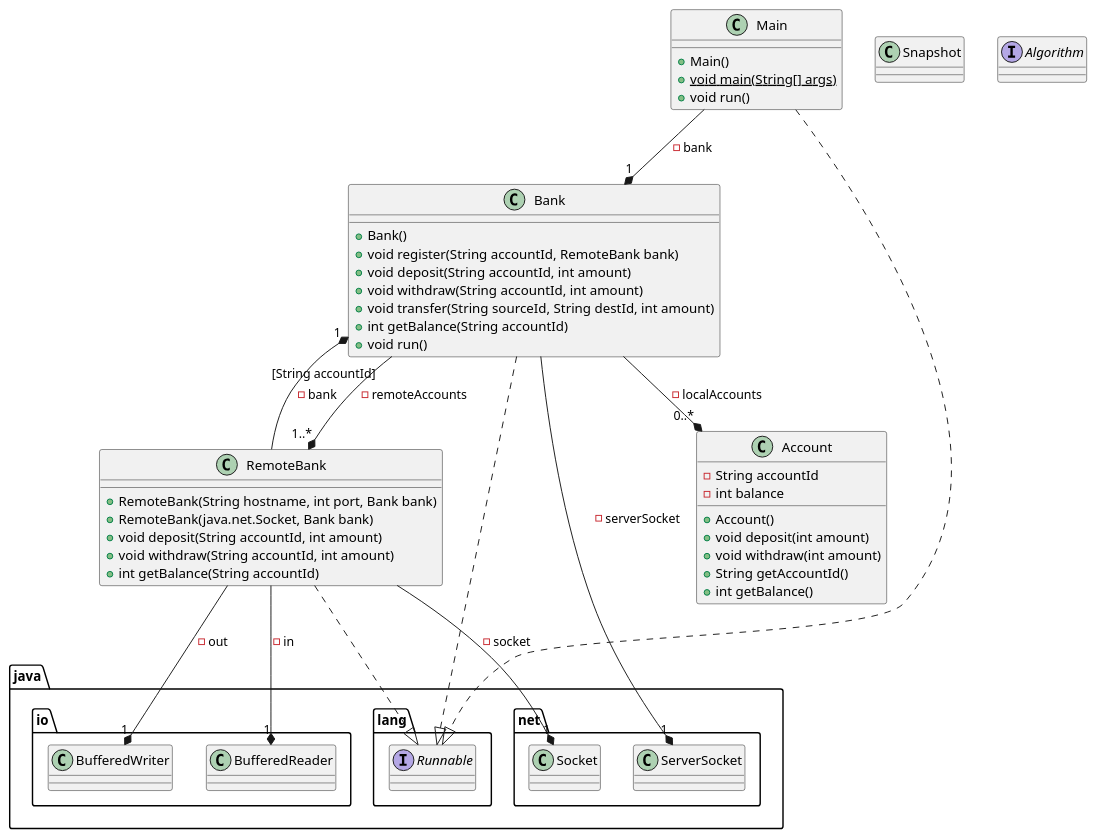
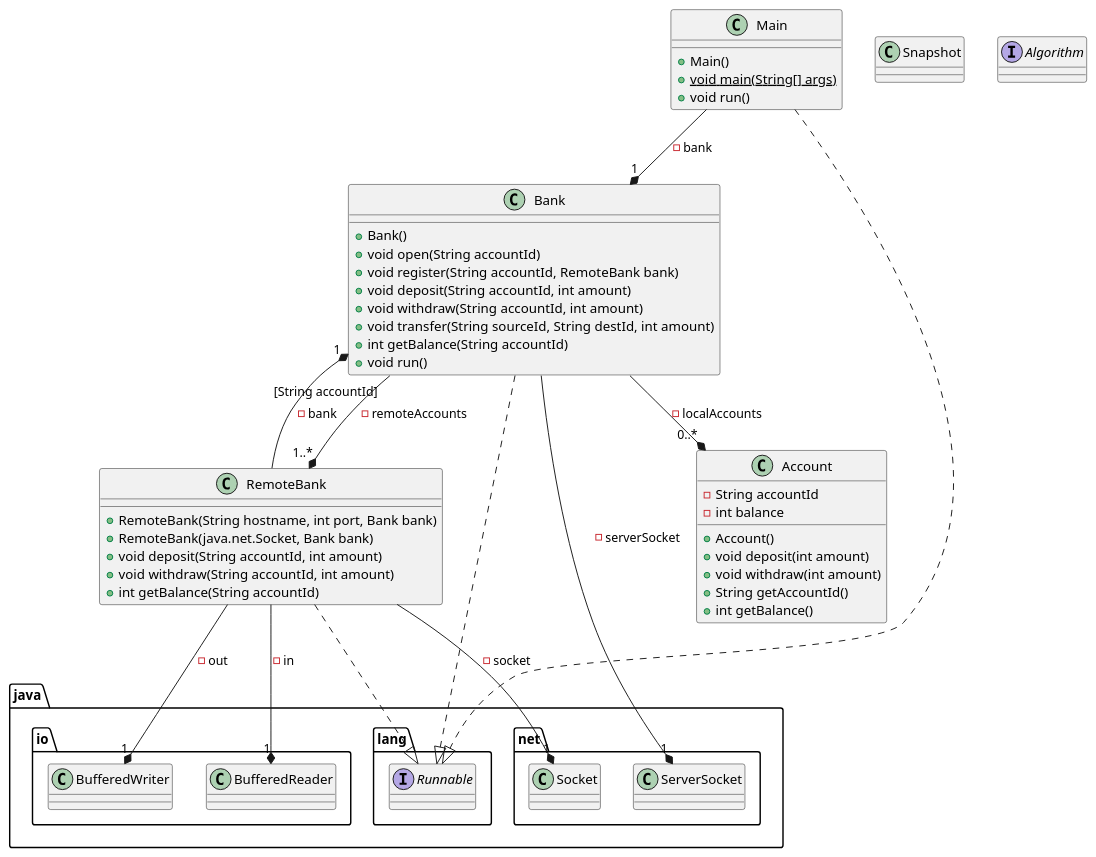
Before and after one commit to omjadas/distributed-banking: the diagram in docs/classes.puml, drawn with PlantUML. The commit also changed 3 other files, not shown here.

```diff
--- a/docs/classes.puml
+++ b/docs/classes.puml
@@ -1,56 +1,57 @@
 @startuml P2P Bank
 class Main {
     + Main()
     + {static} void main(String[] args)
     + void run()
 }
 
 class Bank {
     + Bank()
+    + void open(String accountId)
     + void register(String accountId, RemoteBank bank)
     + void deposit(String accountId, int amount)
     + void withdraw(String accountId, int amount)
     + void transfer(String sourceId, String destId, int amount)
     + int getBalance(String accountId)
     + void run()
 }
 
 class RemoteBank {
     + RemoteBank(String hostname, int port, Bank bank)
     + RemoteBank(java.net.Socket, Bank bank)
     + void deposit(String accountId, int amount)
     + void withdraw(String accountId, int amount)
     + int getBalance(String accountId)
 }
 
 class Account {
     - String accountId
     - int balance
     + Account()
     + void deposit(int amount)
     + void withdraw(int amount)
     + String getAccountId()
     + int getBalance()
 }
 
 class Snapshot {
 }
 
 interface java.lang.Runnable
 interface Algorithm
 
 Main --* "1" Bank : - bank
 Main ..|> java.lang.Runnable
 
 Bank --* "1" java.net.ServerSocket : - serverSocket
 Bank --* "0..*" Account : - localAccounts
 Bank "[String accountId]" --* "1..*" RemoteBank : - remoteAccounts
 Bank ..|> java.lang.Runnable
 
 RemoteBank --* "1" java.net.Socket : - socket
 RemoteBank --* "1" Bank : - bank
 RemoteBank --* "1" java.io.BufferedReader : - in
 RemoteBank --* "1" java.io.BufferedWriter : - out
 RemoteBank ..|> java.lang.Runnable
 
 @enduml
```
